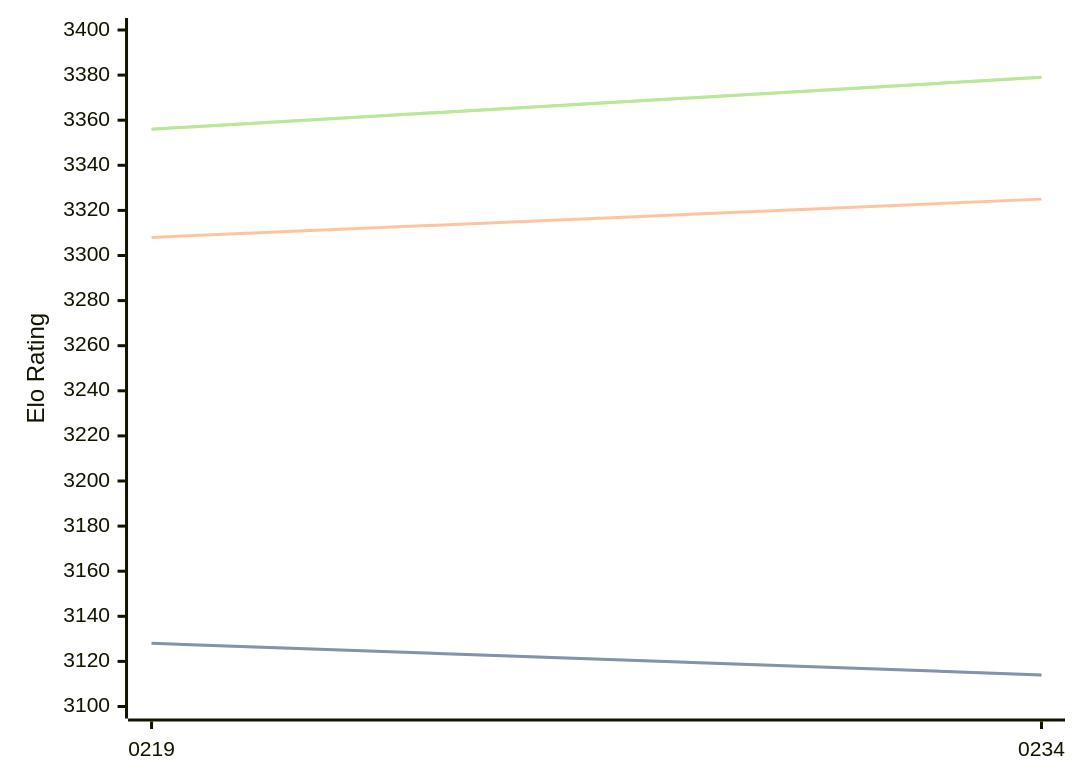
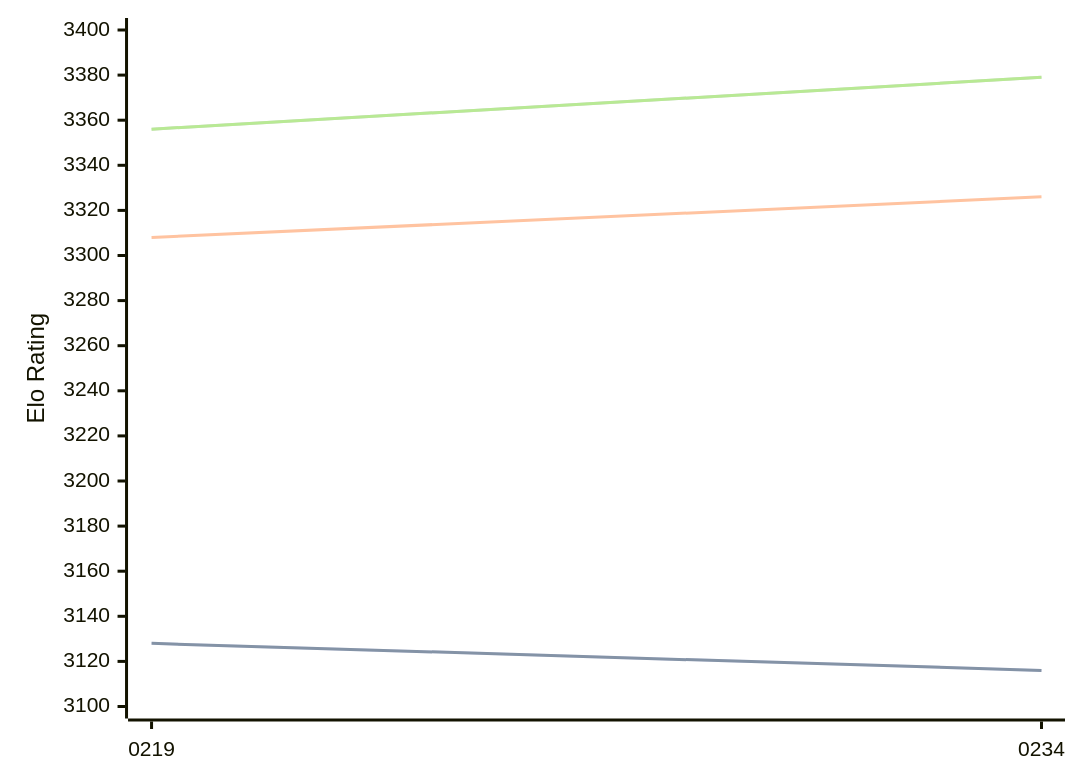
One commit to computer-chess-index/cci changed the diagram in engines/Ynode.md. Above: the diagram before and after it, drawn with Mermaid. The commit also changed other lines of this file, not shown here.

````diff
--- a/engines/Ynode.md
+++ b/engines/Ynode.md
@@ -39,11 +39,11 @@
 ```mermaid
 %%{init: {"theme":"base","themeVariables":{"seriesColors:['#a3a3a3','#222221','#faa371']}}}%%
 xychart-beta
   x-axis ["0219", "0234"]
   y-axis "Elo Rating" 3100 --> 3400
-  line "STC (8.0+0.08s)" [3128, 3114]
-  line "STC (8.0+0.08s)" [3128, 3114]
-  line "LTC (60.0+0.60s)" [3308, 3325]
+  line "STC (8.0+0.08s)" [3128, 3116]
+  line "STC (8.0+0.08s)" [3128, 3116]
+  line "LTC (60.0+0.60s)" [3308, 3326]
   line "VLTC (2m24s+1.12s)" [3356, 3379]
   line "VLTC (2m24s+1.12s)" [3356, 3379]
 ```
````
